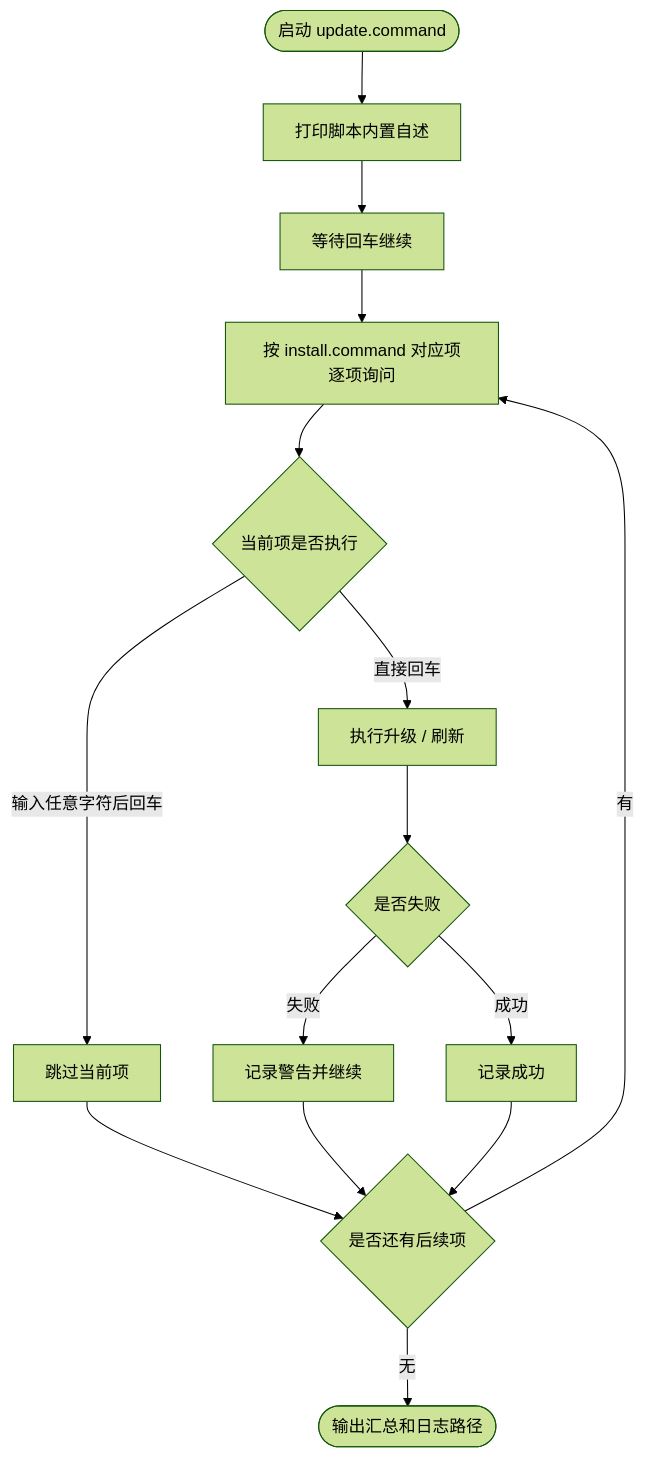
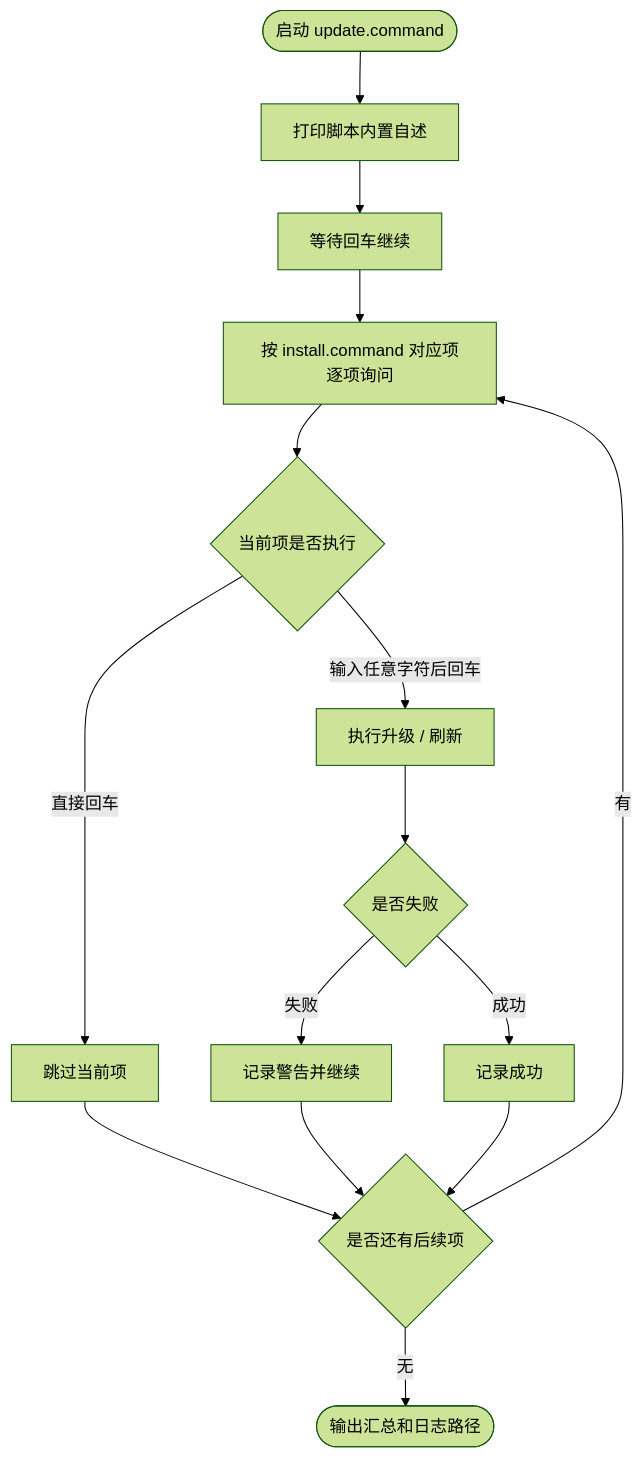
One commit to JobsKits/JobsMacEnvVarConfigs changed the first of 2 diagrams in scripts/update.command/README.md. Above: the diagram before and after it, drawn with Mermaid (forest theme). The commit also changed other lines of this file and 16 other files, not shown here.

````diff
--- a/scripts/update.command/README.md
+++ b/scripts/update.command/README.md
@@ -394,17 +469,17 @@
 ```mermaid
 flowchart TD
     A([启动 update.command]) --> B[打印脚本内置自述]
     B --> C[等待回车继续]
     C --> D[按 install.command 对应项逐项询问]
     D --> E{当前项是否执行}
-    E -->|直接回车| F[执行升级 / 刷新]
-    E -->|输入任意字符后回车| G[跳过当前项]
+    E -->|输入任意字符后回车| F[执行升级 / 刷新]
+    E -->|直接回车| G[跳过当前项]
     F --> H{是否失败}
     H -->|失败| I[记录警告并继续]
     H -->|成功| J[记录成功]
     G --> K{是否还有后续项}
     I --> K
     J --> K
     K -->|有| D
     K -->|无| L([输出汇总和日志路径])
 ```
````
